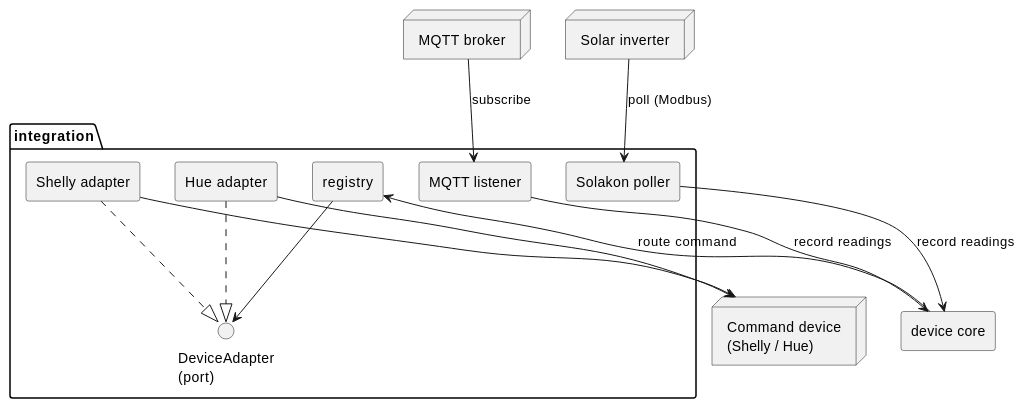
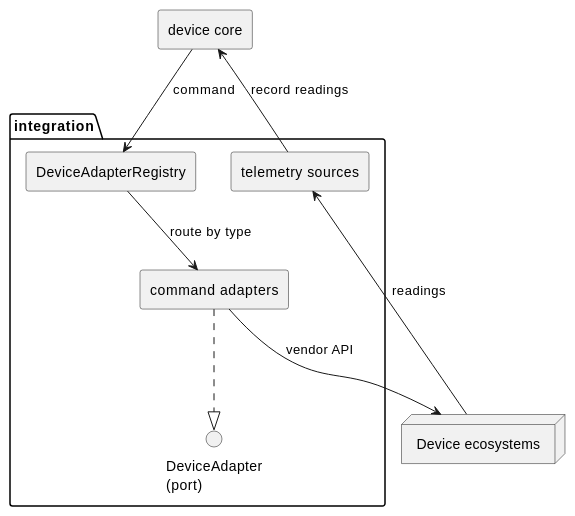
The third of 4 diagrams in docs/modules/ROOT/pages/05-building-block-view.adoc (FelixGeisler/SmartHome), drawn with PlantUML before and after one commit. The commit also changed other lines of this file and 2 other files, not shown here.

```diff
--- a/docs/modules/ROOT/pages/05-building-block-view.adoc
+++ b/docs/modules/ROOT/pages/05-building-block-view.adoc
@@ -109,30 +86,22 @@
 [plantuml,bb-integration,svg]
 ----
 @startuml
 skinparam componentStyle rectangle
 
 [device core] as device
 package "integration" {
+  [DeviceAdapterRegistry] as registry
   interface "DeviceAdapter\n(port)" as port
-  [registry]
-  [Hue adapter] as hue
-  [Shelly adapter] as shelly
-  [MQTT listener] as mqtt
-  [Solakon poller] as solakon
+  [command adapters] as adapters
+  [telemetry sources] as sources
 }
-node "Command device\n(Shelly / Hue)" as plug
-node "MQTT broker" as broker
-node "Solar inverter" as inverter
+node "Device ecosystems" as world
 
-device --> registry : route command
-registry --> port
-hue ..|> port
-shelly ..|> port
-hue --> plug
-shelly --> plug
-broker --> mqtt : subscribe
-inverter --> solakon : poll (Modbus)
-mqtt --> device : record readings
-solakon --> device : record readings
+device --> registry : command
+registry --> adapters : route by type
+adapters ..|> port
+adapters --> world : vendor API
+world --> sources : readings
+sources --> device : record readings
 @enduml
 ----
```
